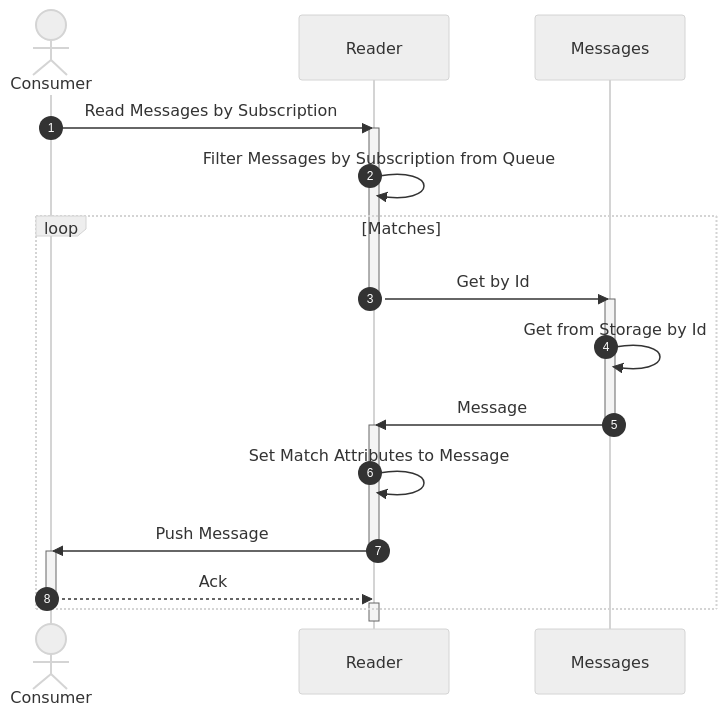
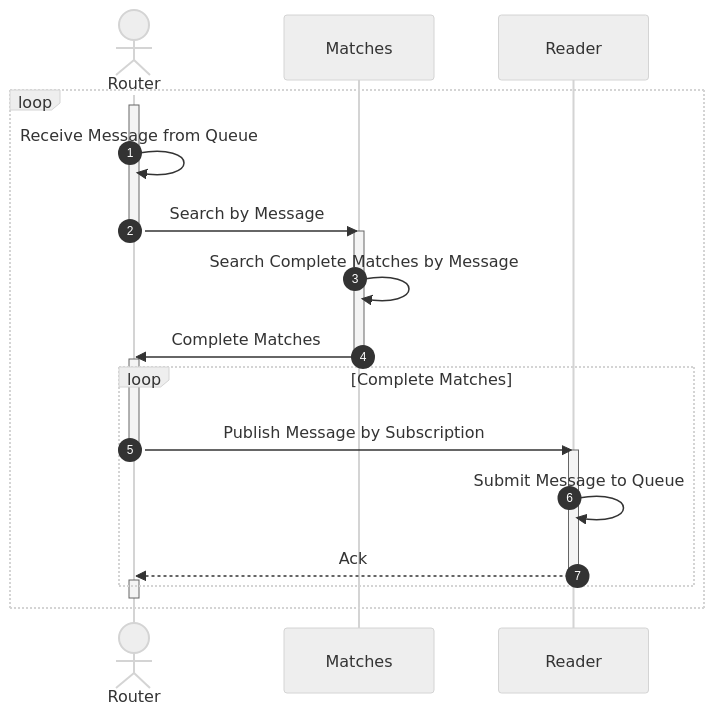
The second of 2 diagrams in profile/README.md (awakari/.github), drawn with Mermaid before and after one commit. The commit also changed other lines of this file, not shown here.

Commit message:
readme update

````diff
--- a/profile/README.md
+++ b/profile/README.md
@@ -192,38 +192,40 @@
 ```mermaid
 %%{init: {'theme': 'neutral' } }%%
 sequenceDiagram
 
     autonumber
 
-    actor Consumer
+    actor Router
+    participant Matches
     participant Reader
-    participant Messages
 
-    Consumer->>Reader: Read Messages by Subscription
-
-    activate Reader
-    Reader->>Reader: Filter Messages by Subscription from Queue
-    loop Matches
-
-        Reader->>Messages: Get by Id
-        deactivate Reader
-    
-        activate Messages
-        Messages->>Messages: Get from Storage by Id
-        Messages->>Reader: Message
-        deactivate Messages
+    loop
         
-        activate Reader
-        Reader->>Reader: Set Match Attributes to Message
-        Reader->>Consumer: Push Message
-        deactivate Reader
-
-        activate Consumer
-        Consumer-->>Reader: Ack
-        deactivate Consumer
+        activate Router
+        Router->>Router: Receive Message from Queue
+        Router->>Matches: Search by Message
+        deactivate Router
         
-        activate Reader
-    
+        activate Matches
+        Matches->>Matches: Search Complete Matches by Message 
+        Matches->>Router: Complete Matches
+        deactivate Matches
+        
+        activate Router
+        loop Complete Matches
+            
+            Router->>Reader: Publish Message by Subscription
+            deactivate Router
+            
+            activate Reader
+            Reader->>Reader: Submit Message to Queue
+            Reader-->>Router: Ack
+            deactivate Reader
+            
+            activate Router
+                       
+        end
+        deactivate Router
+        
     end
-    deactivate Reader
 ```
````
